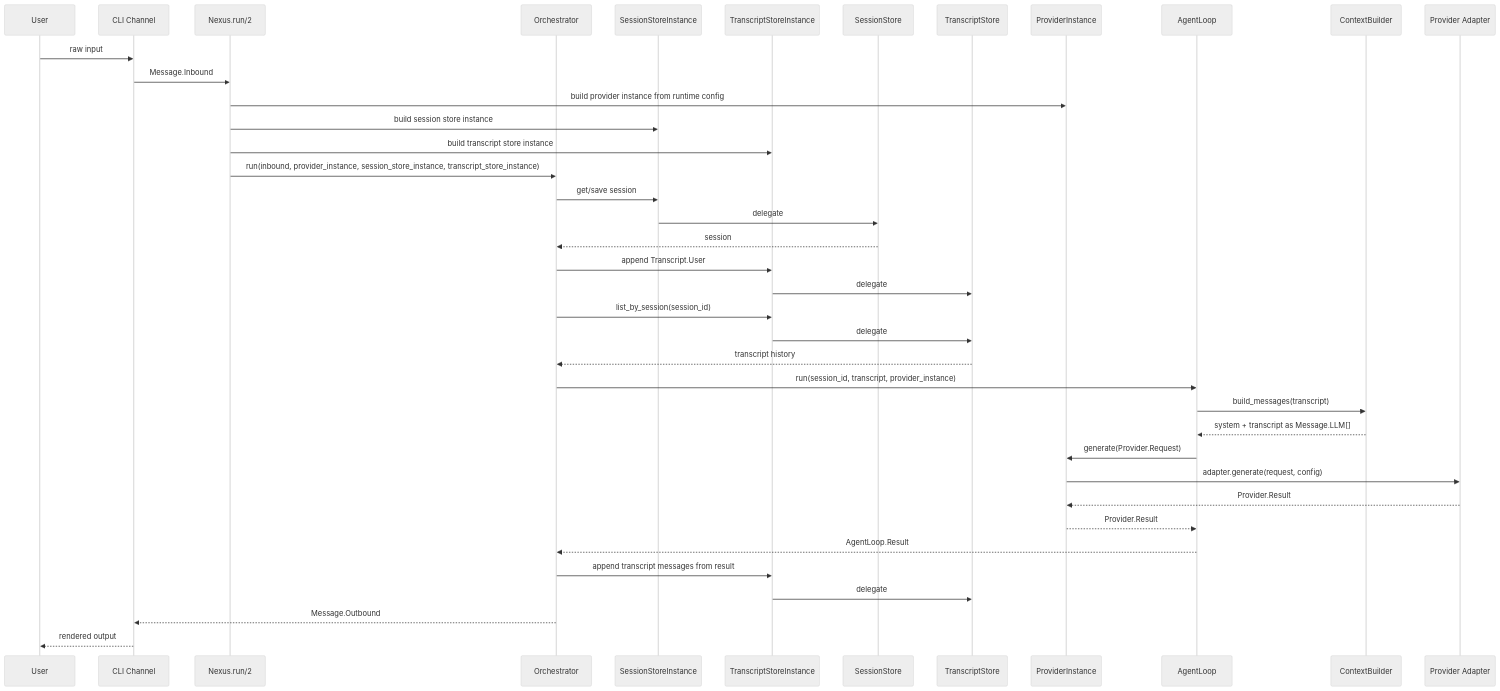
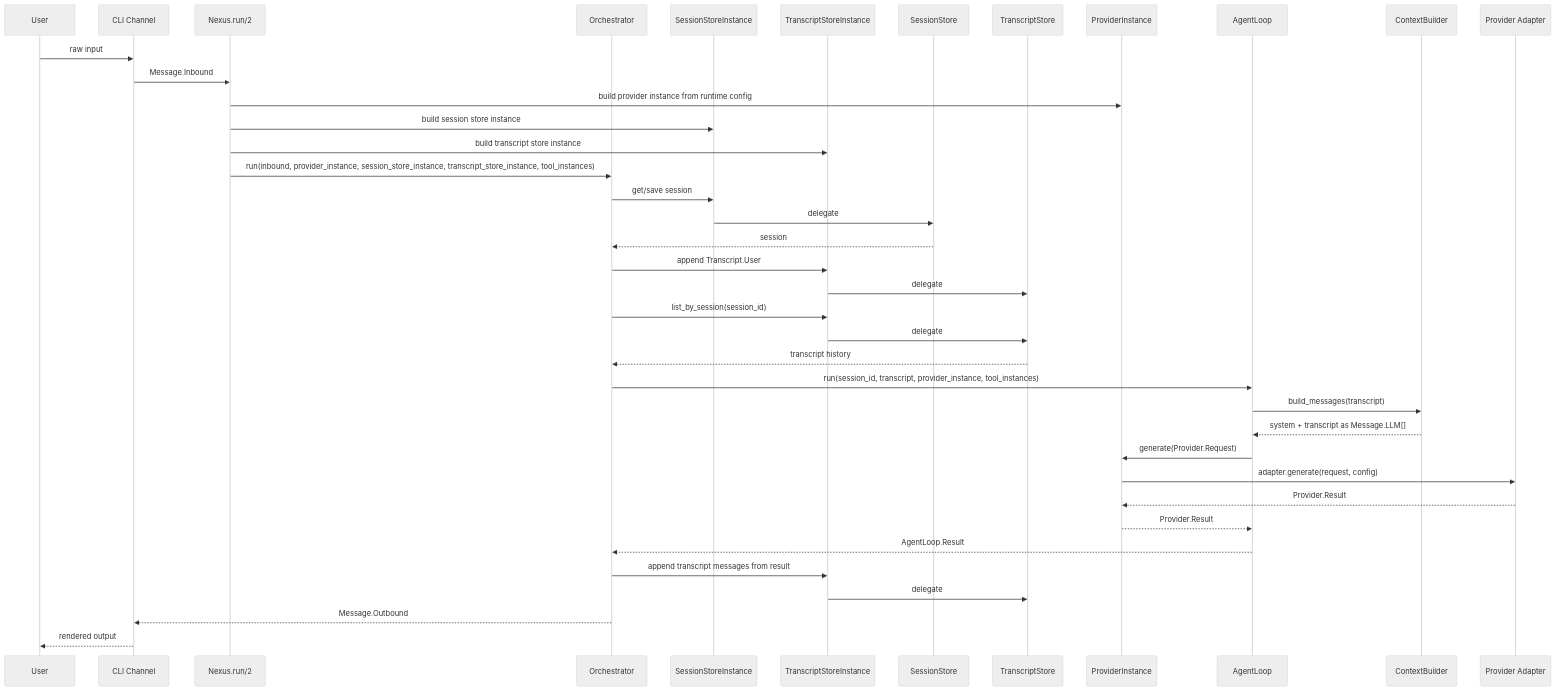
The second of 3 diagrams in docs/architecture-diagrams.md (0xc14m1z/nexus), drawn with Mermaid (neutral theme) before and after one commit. The commit also changed other lines of this file and 11 other files, not shown here.

````diff
--- a/docs/architecture-diagrams.md
+++ b/docs/architecture-diagrams.md
@@ -62,42 +65,42 @@
 ```mermaid
 sequenceDiagram
     participant U as User
     participant C as CLI Channel
     participant R as Nexus.run/2
     participant O as Orchestrator
     participant SSI as SessionStoreInstance
     participant TSI as TranscriptStoreInstance
     participant S as SessionStore
     participant T as TranscriptStore
     participant PI as ProviderInstance
     participant A as AgentLoop
     participant B as ContextBuilder
     participant P as Provider Adapter
 
     U->>C: raw input
     C->>R: Message.Inbound
     R->>PI: build provider instance from runtime config
     R->>SSI: build session store instance
     R->>TSI: build transcript store instance
-    R->>O: run(inbound, provider_instance, session_store_instance, transcript_store_instance)
+    R->>O: run(inbound, provider_instance, session_store_instance, transcript_store_instance, tool_instances)
     O->>SSI: get/save session
     SSI->>S: delegate
     S-->>O: session
     O->>TSI: append Transcript.User
     TSI->>T: delegate
     O->>TSI: list_by_session(session_id)
     TSI->>T: delegate
     T-->>O: transcript history
-    O->>A: run(session_id, transcript, provider_instance)
+    O->>A: run(session_id, transcript, provider_instance, tool_instances)
     A->>B: build_messages(transcript)
     B-->>A: system + transcript as Message.LLM[]
     A->>PI: generate(Provider.Request)
     PI->>P: adapter.generate(request, config)
     P-->>PI: Provider.Result
     PI-->>A: Provider.Result
     A-->>O: AgentLoop.Result
     O->>TSI: append transcript messages from result
     TSI->>T: delegate
     O-->>C: Message.Outbound
     C-->>U: rendered output
 ```
````
